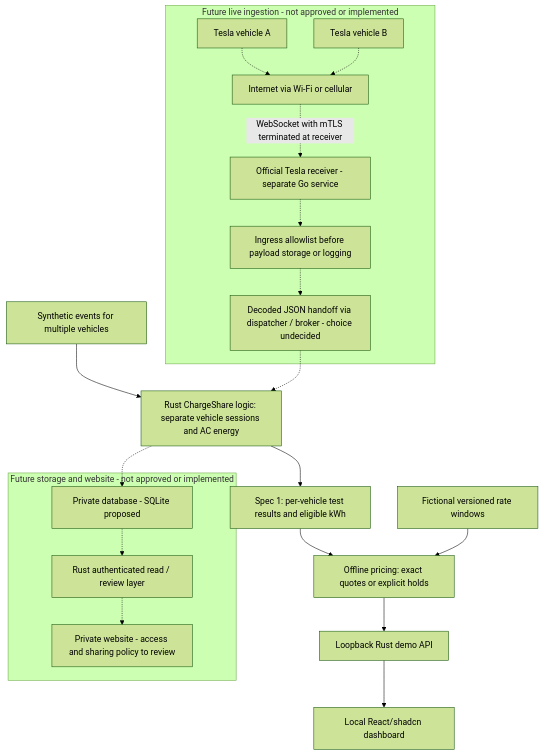
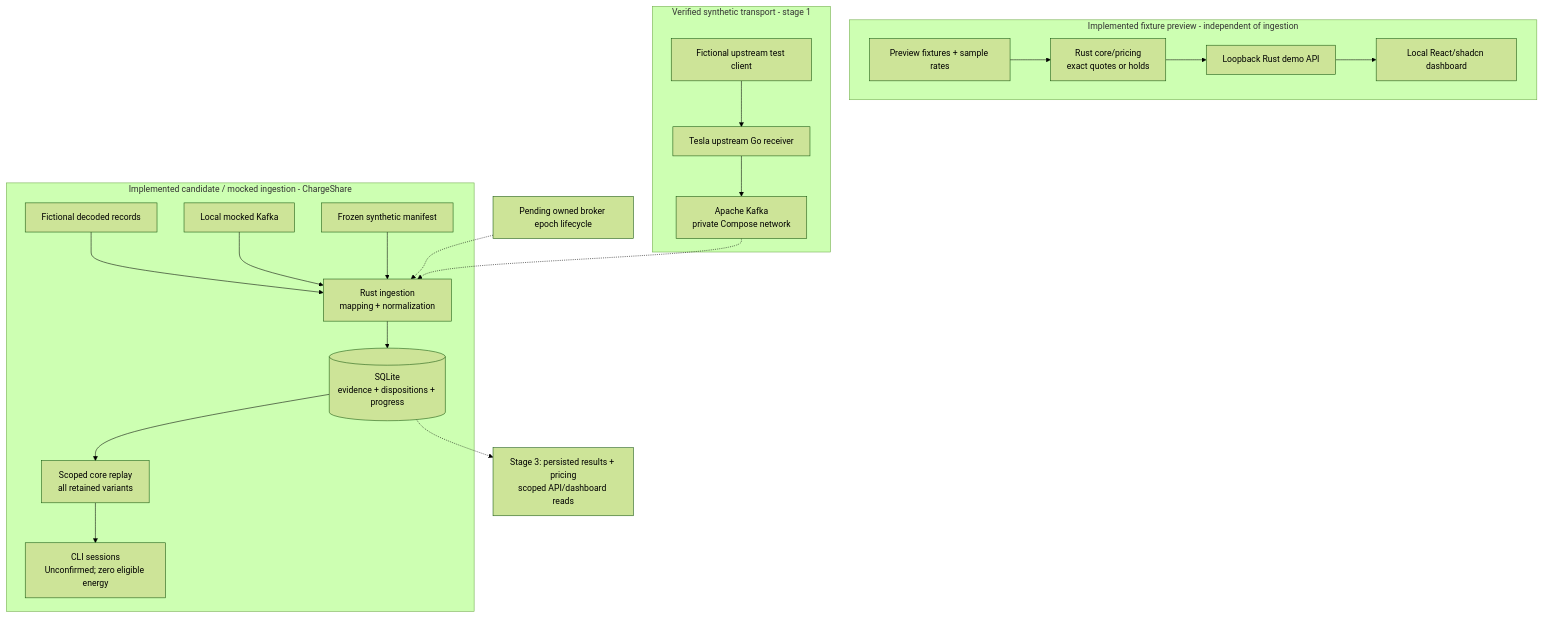
Before and after one commit to jestrada/ChargeShare: the diagram in docs/architecture.md, drawn with Mermaid (forest theme). The commit also changed other lines of this file and 3 other files, not shown here.

Commit message:
Update current ingestion architecture diagrams and maintenance guidance

````diff
--- a/docs/architecture.md
+++ b/docs/architecture.md
@@ -30,38 +31,23 @@
 ```mermaid
-flowchart TD
-    fixtures["Synthetic events for multiple vehicles"]
-    rust["Rust ChargeShare logic: separate vehicle sessions and AC energy"]
-    result["Spec 1: per-vehicle test results and eligible kWh"]
-    fixtures --> rust
-  rust --> result
-  result --> pricing["Offline pricing: exact quotes or explicit holds"]
-  rates["Fictional versioned rate windows"] --> pricing
-  pricing --> preview["Loopback Rust demo API"]
-  preview --> browser["Local React/shadcn dashboard"]
-
-    subgraph future_ingress["Future live ingestion - not approved or implemented"]
-        car_a["Tesla vehicle A"]
-        car_b["Tesla vehicle B"]
-        internet["Internet via Wi-Fi or cellular"]
-        receiver["Official Tesla receiver - separate Go service"]
-        allowlist["Ingress allowlist before payload storage or logging"]
-        broker["Decoded JSON handoff via dispatcher / broker - choice undecided"]
-        car_a -.-> internet
-        car_b -.-> internet
-        internet -. "WebSocket with mTLS terminated at receiver" .-> receiver
-        receiver -.-> allowlist
-        allowlist -.-> broker
+flowchart TB
+    subgraph ingestion_path["Implemented candidate / mocked ingestion - ChargeShare"]
+        candidate["Fictional decoded records"] --> ingest["Rust ingestion<br/>mapping + normalization"]
+        mock["Local mocked Kafka"] --> ingest
+        manifest["Frozen synthetic manifest"] --> ingest
+        ingest --> sqlite[("SQLite<br/>evidence + dispositions + progress")]
+        sqlite --> replay["Scoped core replay<br/>all retained variants"]
+        replay --> cli["CLI sessions<br/>Unconfirmed; zero eligible energy"]
     end
-
-    broker -.-> rust
-
-    subgraph future_output["Future storage and website - not approved or implemented"]
-        db["Private database - SQLite proposed"]
-        view["Rust authenticated read / review layer"]
-        website["Private website - access and sharing policy to review"]
-        db -.-> view
-        view -.-> website
+    subgraph preview_path["Implemented fixture preview - independent of ingestion"]
+        demo["Preview fixtures + sample rates"] --> pricing["Rust core/pricing<br/>exact quotes or holds"]
+        pricing --> api["Loopback Rust demo API"]
+        api --> ui["Local React/shadcn dashboard"]
     end
-
-    rust -.-> db
+    subgraph verified_transport["Verified synthetic transport - stage 1"]
+        client["Fictional upstream test client"] --> receiver["Tesla upstream Go receiver"]
+        receiver --> kafka["Apache Kafka<br/>private Compose network"]
+    end
+    lifecycle["Pending owned broker epoch lifecycle"] -.-> ingest
+    kafka -.-> ingest
+    sqlite -.-> results["Stage 3: persisted results + pricing<br/>scoped API/dashboard reads"]
 ```
````
